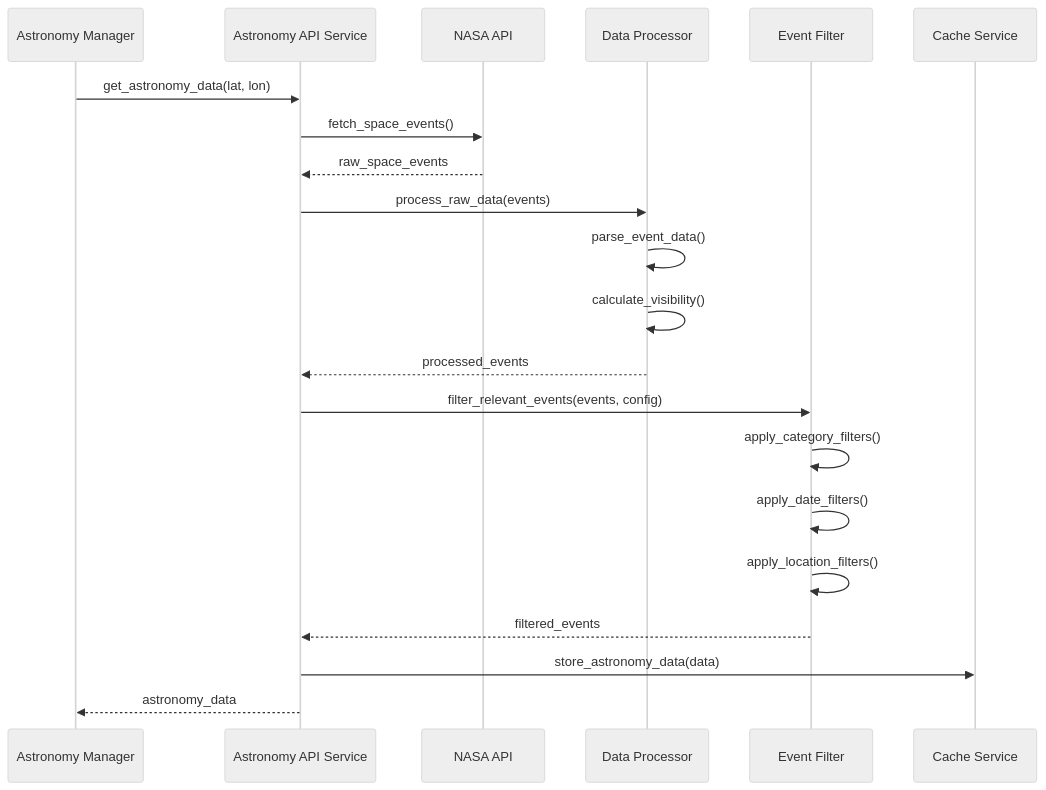
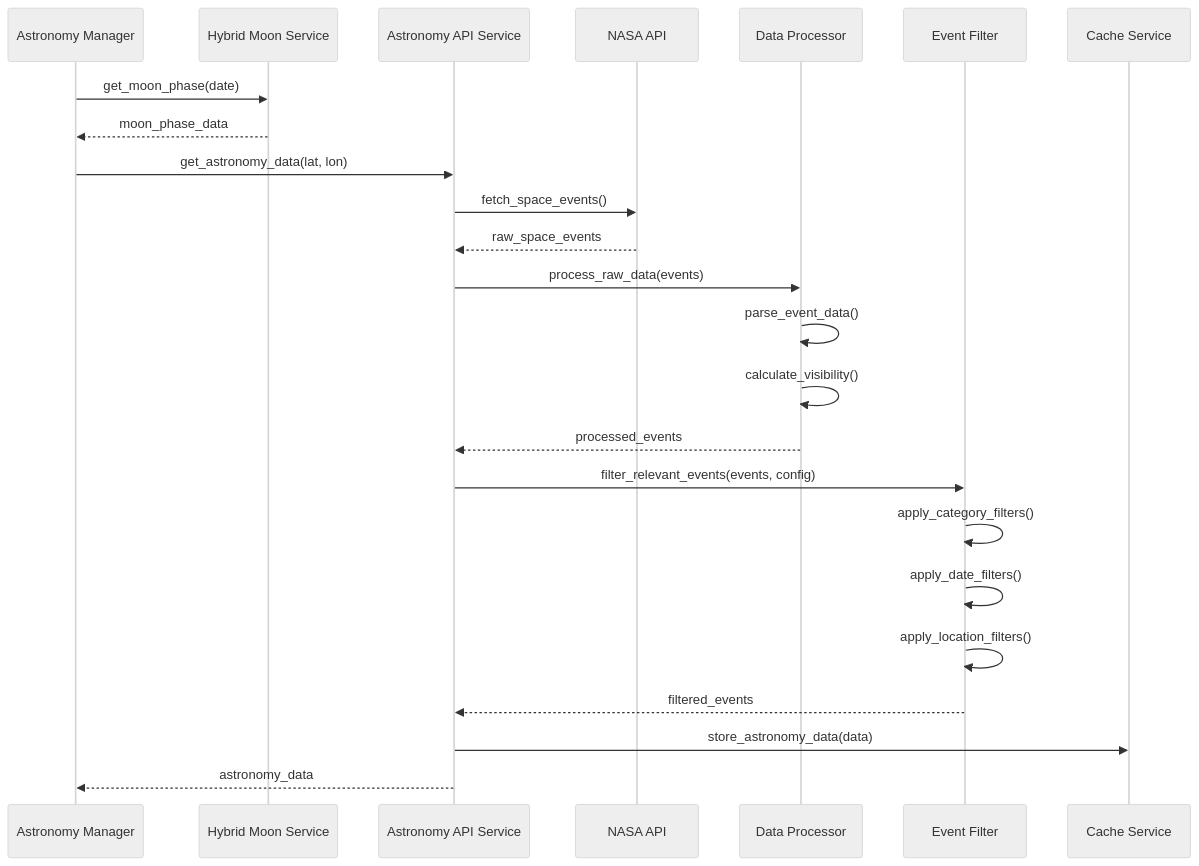
Diagram 13 of 23 in docs/api-integration.md (oernster/trainer), drawn with Mermaid (neutral theme) before and after one commit. The commit also changed other lines of this file and 19 other files, not shown here.

Commit message:
Hybrid API moon phasing solution for accuracy.

````diff
--- a/docs/api-integration.md
+++ b/docs/api-integration.md
@@ -335,27 +579,31 @@
 ```mermaid
 sequenceDiagram
     participant AM as Astronomy Manager
+    participant HMS as Hybrid Moon Service
     participant AAS as Astronomy API Service
     participant NASA as NASA API
     participant Proc as Data Processor
     participant Filter as Event Filter
     participant Cache as Cache Service
+    
+    AM->>HMS: get_moon_phase(date)
+    HMS-->>AM: moon_phase_data
     
     AM->>AAS: get_astronomy_data(lat, lon)
     AAS->>NASA: fetch_space_events()
     NASA-->>AAS: raw_space_events
     
     AAS->>Proc: process_raw_data(events)
     Proc->>Proc: parse_event_data()
     Proc->>Proc: calculate_visibility()
     Proc-->>AAS: processed_events
     
     AAS->>Filter: filter_relevant_events(events, config)
     Filter->>Filter: apply_category_filters()
     Filter->>Filter: apply_date_filters()
     Filter->>Filter: apply_location_filters()
     Filter-->>AAS: filtered_events
     
     AAS->>Cache: store_astronomy_data(data)
     AAS-->>AM: astronomy_data
 ```
````
